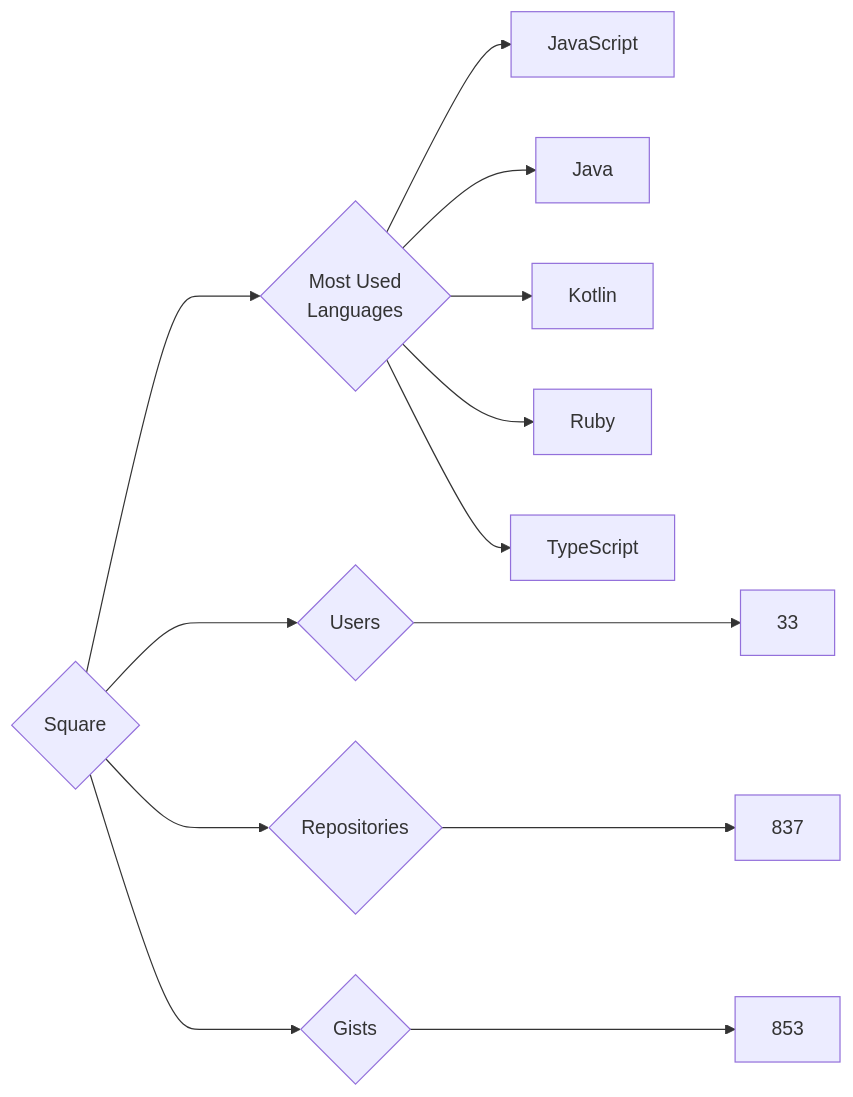
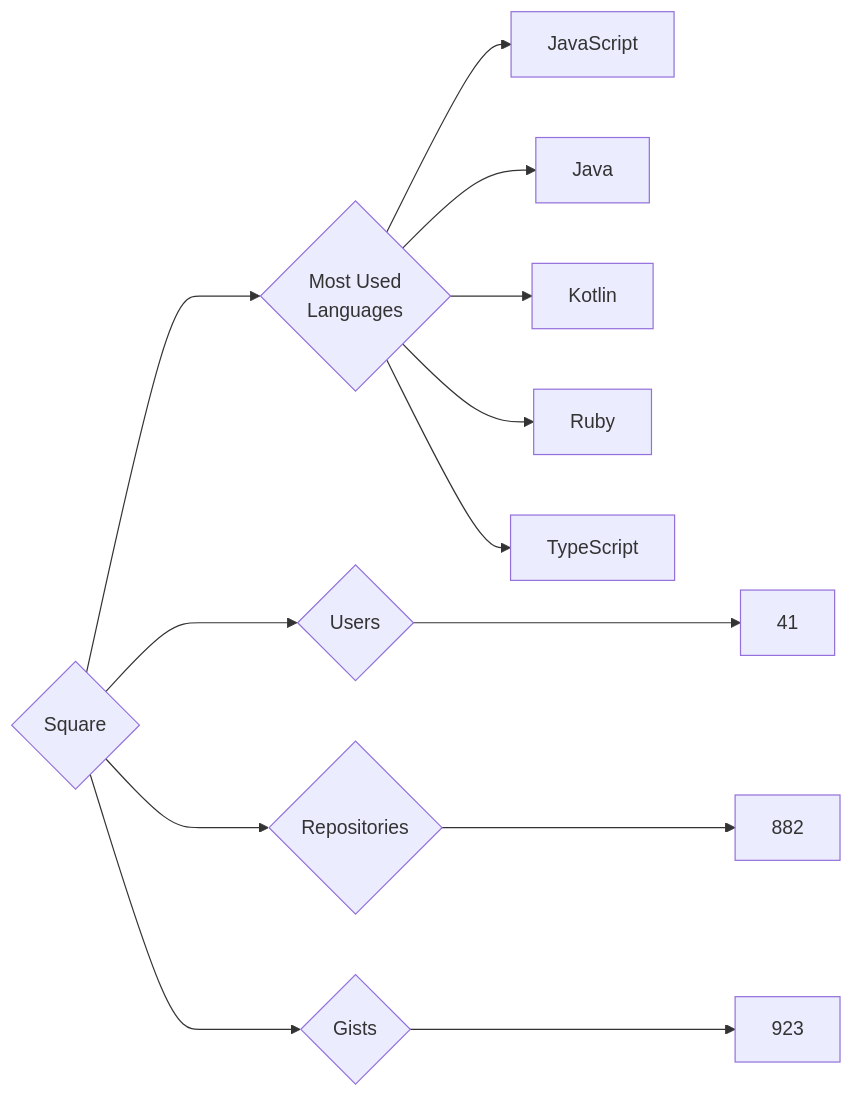
Before and after one commit to trickest/insiders: the diagram in targets/Square/README.md, drawn with Mermaid. The commit also changed 1479 other files, not shown here.

````diff
--- a/targets/Square/README.md
+++ b/targets/Square/README.md
@@ -3,13 +3,13 @@
 ```mermaid
 graph LR
 COMPANY_NAME{Square}
-COMPANY_NAME ---> U{Users} ---> UN[33]
-COMPANY_NAME ---> R{Repositories} ---> RN[837]
-COMPANY_NAME ---> G{Gists} ---> GN[853]
+COMPANY_NAME ---> U{Users} ---> UN[41]
+COMPANY_NAME ---> R{Repositories} ---> RN[882]
+COMPANY_NAME ---> G{Gists} ---> GN[923]
 COMPANY_NAME ---> ML{Most Used<br>Languages}
 ML --> JavaScript[JavaScript]
 ML --> Java[Java]
 ML --> Kotlin[Kotlin]
 ML --> Ruby[Ruby]
 ML --> TypeScript[TypeScript]
 ```
````
